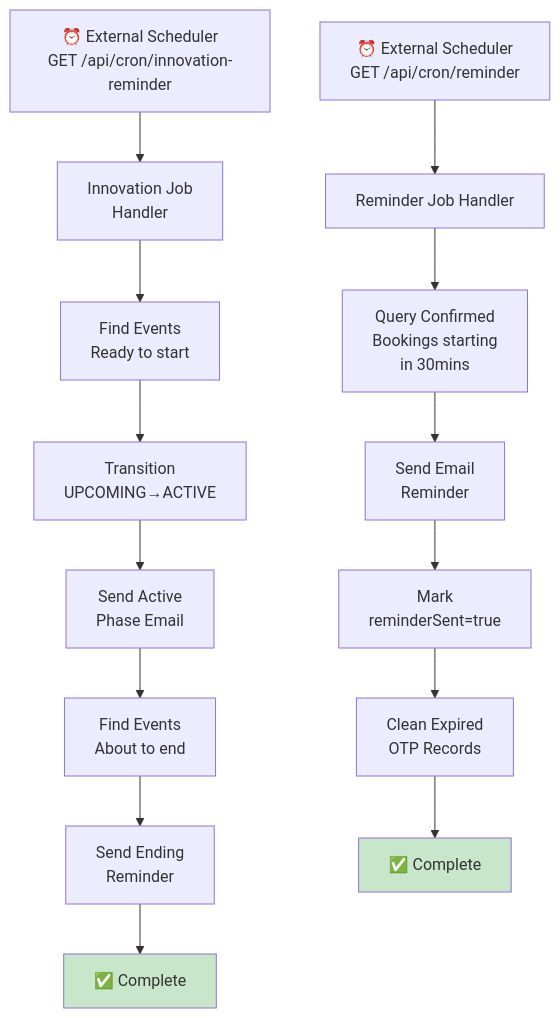
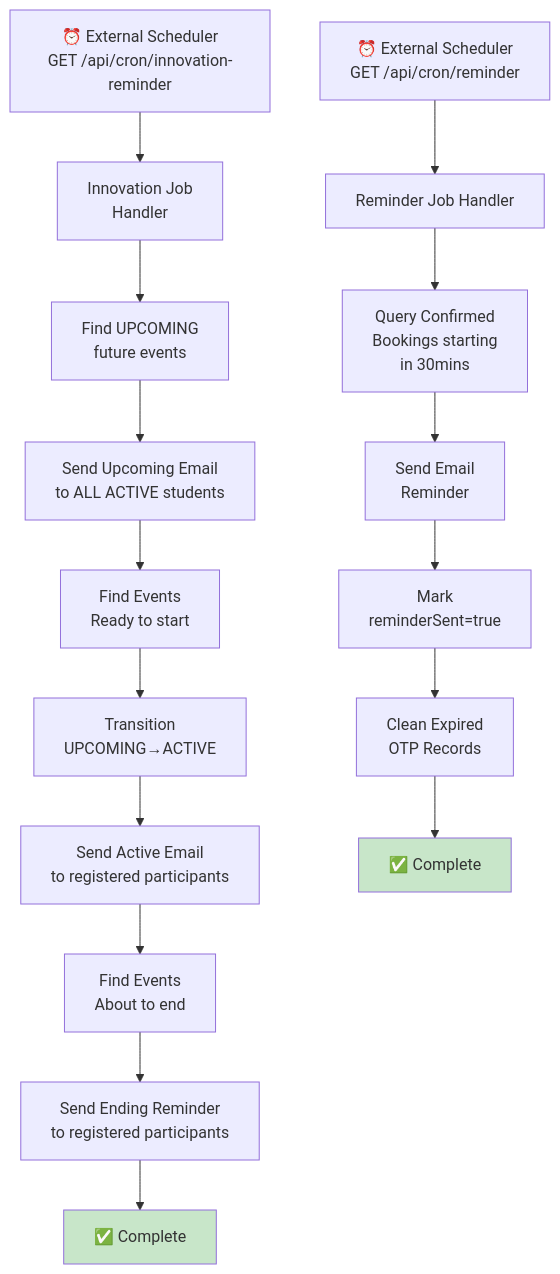
One commit to Newer1107/CoE-Main changed diagram 29 of 36 in README.md. Above: the diagram before and after it, drawn with Mermaid. The commit also changed other lines of this file and 2 other files, not shown here.

Commit message:
feat(innovation-reminder): add support for upcoming event broadcasts and enhance notification modes

````diff
--- a/README.md
+++ b/README.md
@@ -1577,36 +1581,40 @@
 ```mermaid
 graph TD
   CRON_TRIGGER["⏰ External Scheduler<br/>GET /api/cron/reminder"]
 
   REMINDER_JOB["Reminder Job Handler"]
   CHECK_BOOKINGS["Query Confirmed<br/>Bookings starting<br/>in 30mins"]
   SEND_REMINDER["Send Email<br/>Reminder"]
   MARK_SENT["Mark<br/>reminderSent=true"]
   CLEANUP_OTP["Clean Expired<br/>OTP Records"]
 
   INNOV_TRIGGER["⏰ External Scheduler<br/>GET /api/cron/innovation-reminder"]
   INNOV_JOB["Innovation Job<br/>Handler"]
+  CHECK_UPCOMING_BROADCAST["Find UPCOMING<br/>future events"]
+  SEND_UPCOMING_BROADCAST["Send Upcoming Email<br/>to ALL ACTIVE students"]
   CHECK_EVENTS["Find Events<br/>Ready to start"]
   TRANSITION_ACTIVE["Transition<br/>UPCOMING→ACTIVE"]
-  SEND_ACTIVE_EMAIL["Send Active<br/>Phase Email"]
+  SEND_ACTIVE_EMAIL["Send Active Email<br/>to registered participants"]
   CHECK_ENDING["Find Events<br/>About to end"]
-  SEND_ENDING_REMINDER["Send Ending<br/>Reminder"]
+  SEND_ENDING_REMINDER["Send Ending Reminder<br/>to registered participants"]
 
   CRON_TRIGGER --> REMINDER_JOB
   REMINDER_JOB --> CHECK_BOOKINGS
   CHECK_BOOKINGS --> SEND_REMINDER
   SEND_REMINDER --> MARK_SENT
   MARK_SENT --> CLEANUP_OTP
   CLEANUP_OTP --> COMPLETE1["✅ Complete"]
 
   INNOV_TRIGGER --> INNOV_JOB
-  INNOV_JOB --> CHECK_EVENTS
+  INNOV_JOB --> CHECK_UPCOMING_BROADCAST
+  CHECK_UPCOMING_BROADCAST --> SEND_UPCOMING_BROADCAST
+  SEND_UPCOMING_BROADCAST --> CHECK_EVENTS
   CHECK_EVENTS --> TRANSITION_ACTIVE
   TRANSITION_ACTIVE --> SEND_ACTIVE_EMAIL
   SEND_ACTIVE_EMAIL --> CHECK_ENDING
   CHECK_ENDING --> SEND_ENDING_REMINDER
   SEND_ENDING_REMINDER --> COMPLETE2["✅ Complete"]
 
   style COMPLETE1 fill:#c8e6c9
   style COMPLETE2 fill:#c8e6c9
 ```
````
